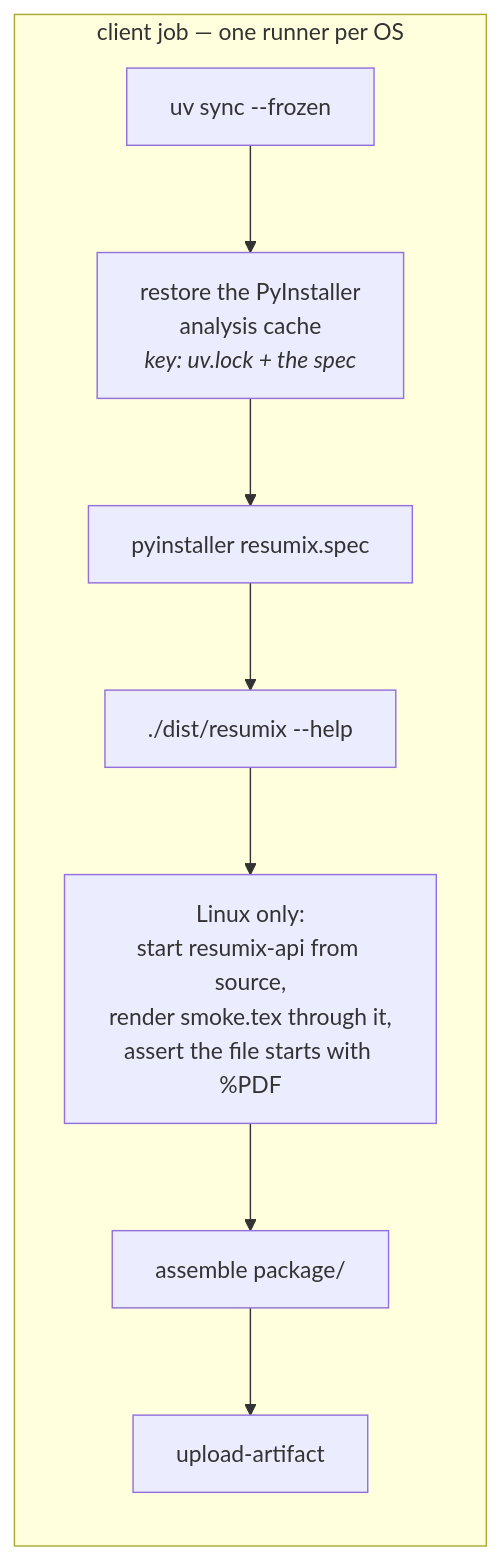
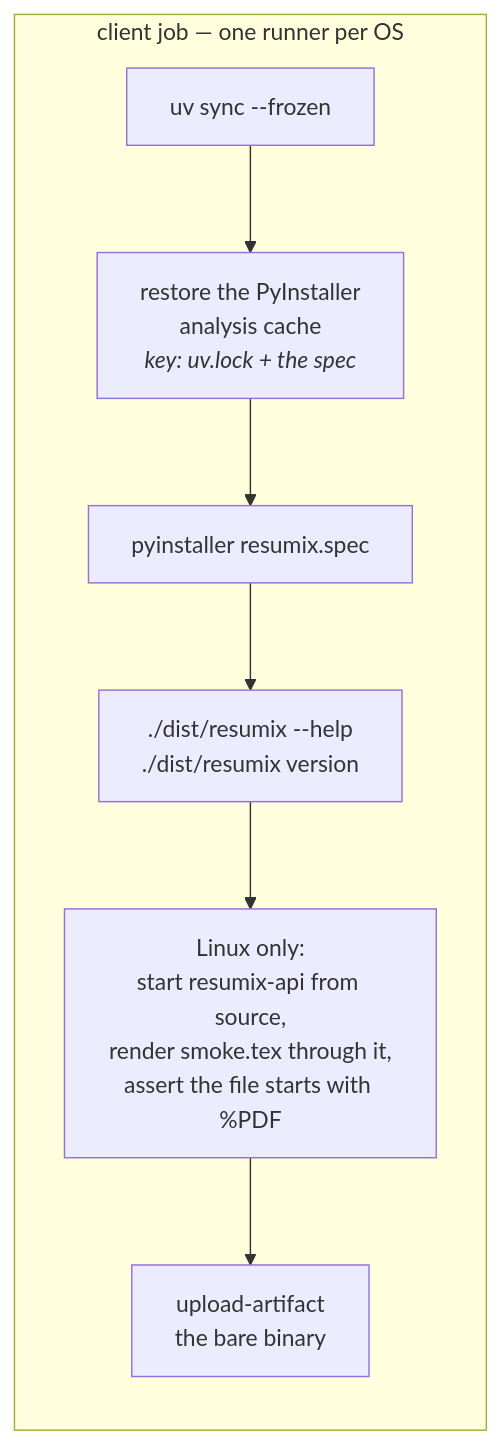
One commit to gcontini/resumix changed the diagram in doc/build-client.md. Above: the diagram before and after it, drawn with Mermaid. The commit also changed other lines of this file and 15 other files, not shown here.

````diff
--- a/doc/build-client.md
+++ b/doc/build-client.md
@@ -42,12 +45,11 @@
 ```mermaid
 flowchart TB
     subgraph matrix["client job — one runner per OS"]
         direction TB
         U["uv sync --frozen"] --> CACHE["restore the PyInstaller<br/>analysis cache<br/><i>key: uv.lock + the spec</i>"]
         CACHE --> BUILD["pyinstaller resumix.spec"]
-        BUILD --> HELP["./dist/resumix --help"]
+        BUILD --> HELP["./dist/resumix --help<br/>./dist/resumix version"]
         HELP --> SMOKE["Linux only:<br/>start resumix-api from source,<br/>render smoke.tex through it,<br/>assert the file starts with %PDF"]
-        SMOKE --> PKG["assemble package/"]
-        PKG --> ART["upload-artifact"]
+        SMOKE --> ART["upload-artifact<br/>the bare binary"]
     end
 ```
````
